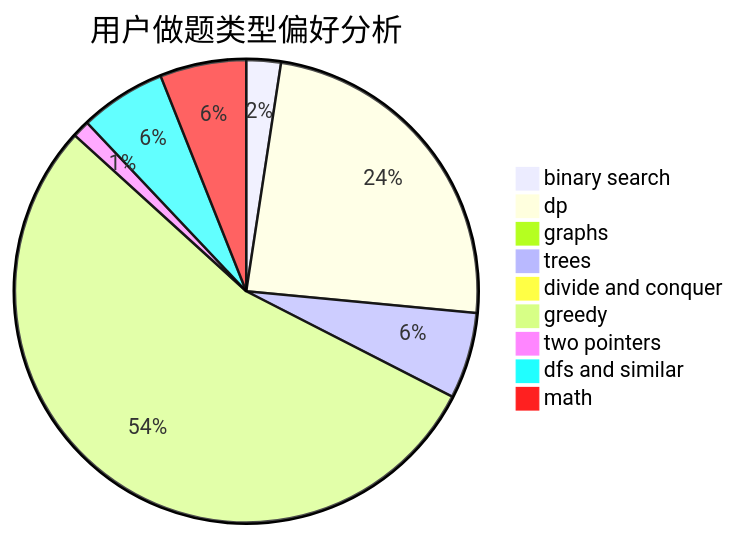
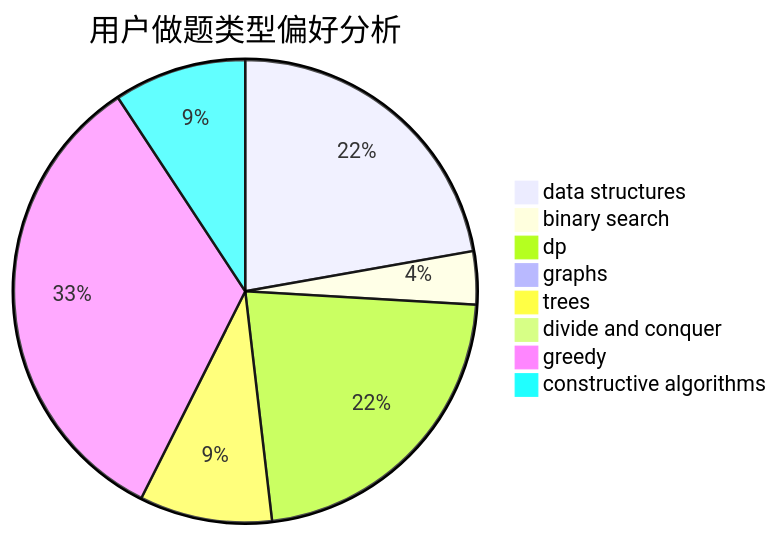
One commit to sherpahu/cfrs.github.io changed the second of 3 diagrams in docs/user/u1845.md. Above: the diagram before and after it, drawn with Mermaid. The commit also changed other lines of this file and 2775 other files, not shown here.

````diff
--- a/docs/user/u1845.md
+++ b/docs/user/u1845.md
@@ -23,12 +23,11 @@
 ```mermaid
 pie title 用户做题类型偏好分析
+    "data structures" :  12
     "binary search" :  2
-    "dp" :  20
+    "dp" :  12
     "graphs" :  0
     "trees" :  5
     "divide and conquer" :  0
-    "greedy" :  45
-    "two pointers" :  1
-    "dfs and similar" :  5
-    "math" :  5
+    "greedy" :  18
+    "constructive algorithms" :  5
 ```
````
